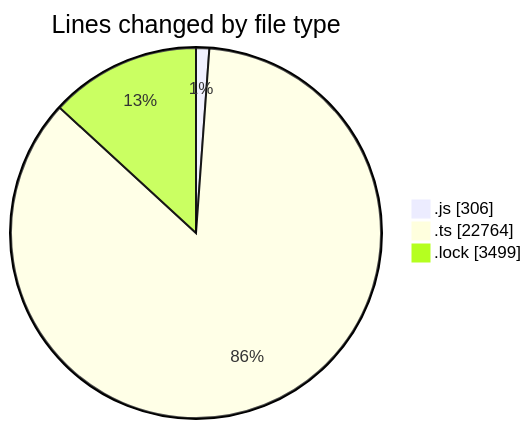
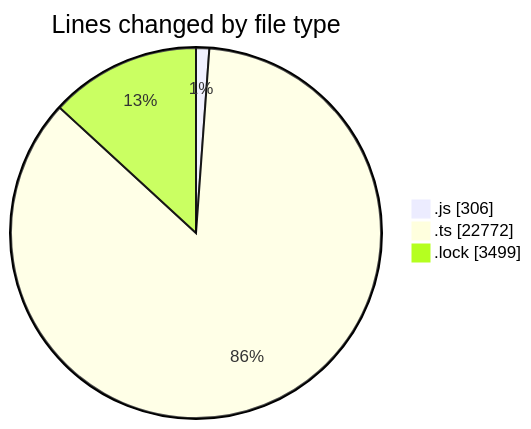
The first of 2 diagrams in 2025-05-27/cda/README.md (momahboobian/code-tracking), drawn with Mermaid before and after one commit. The commit also changed other lines of this file and 1 other file, not shown here.

````diff
--- a/2025-05-27/cda/README.md
+++ b/2025-05-27/cda/README.md
@@ -28,7 +28,7 @@
 ```mermaid
 pie showData
 title Lines changed by file type
 ".js" : 306
-".ts" : 22764
+".ts" : 22772
 ".lock" : 3499
 ```
````
